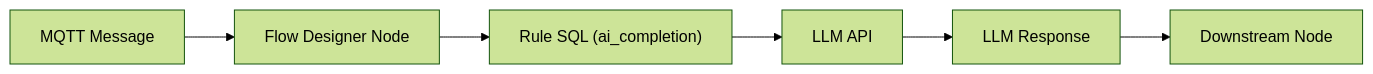
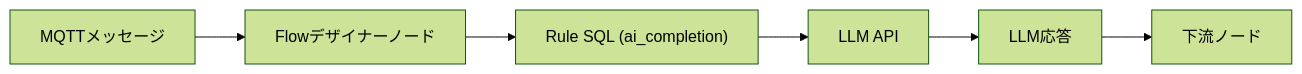
Before and after one commit to emqx/emqx-docs: the diagram in ja_JP/flow-designer/llm-based-data-processing.md, drawn with Mermaid (forest theme). The commit also changed other lines of this file and 265 other files, not shown here.

````diff
--- a/ja_JP/flow-designer/llm-based-data-processing.md
+++ b/ja_JP/flow-designer/llm-based-data-processing.md
@@ -26,8 +26,8 @@
 ```mermaid
 graph LR
-  A[MQTT Message] --> B[Flow Designer Node]
+  A[MQTTメッセージ] --> B[Flowデザイナーノード]
   B --> C["Rule SQL (ai_completion)"]
   C --> D[LLM API]
-  D --> E[LLM Response]
-  E --> F[Downstream Node]
+  D --> E[LLM応答]
+  E --> F[下流ノード]
 ```
````
